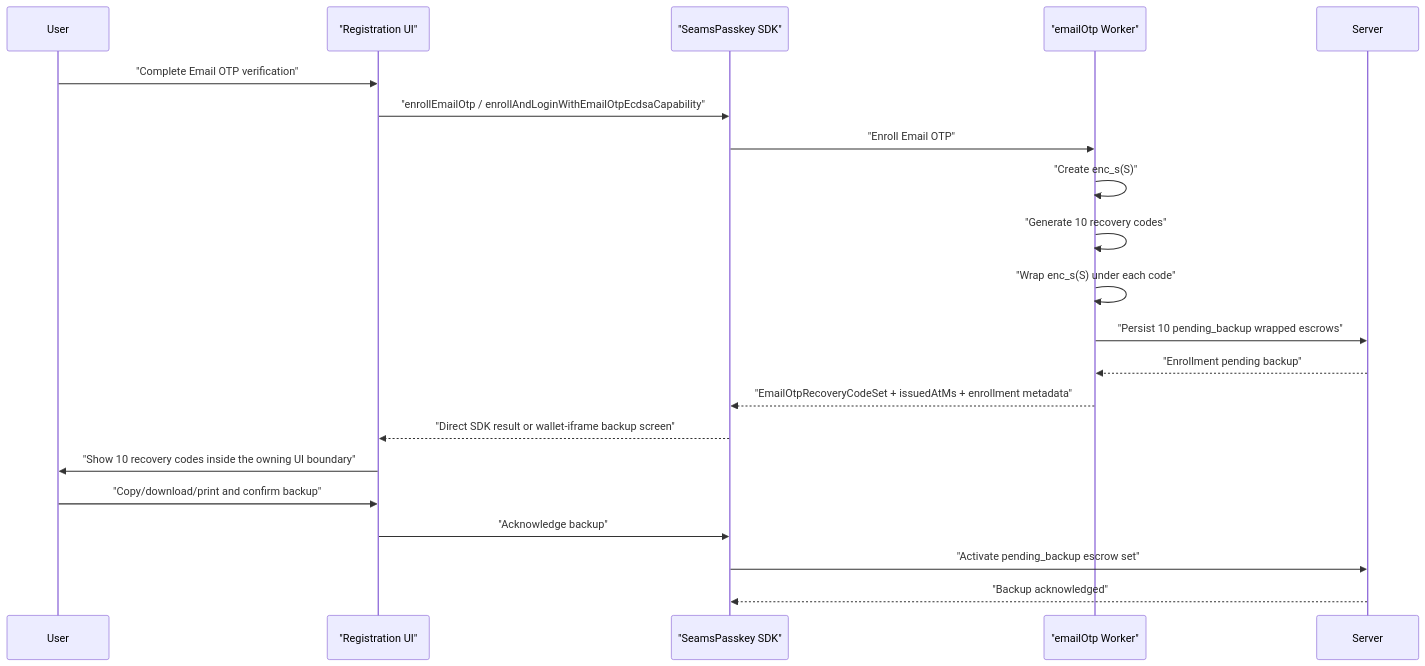
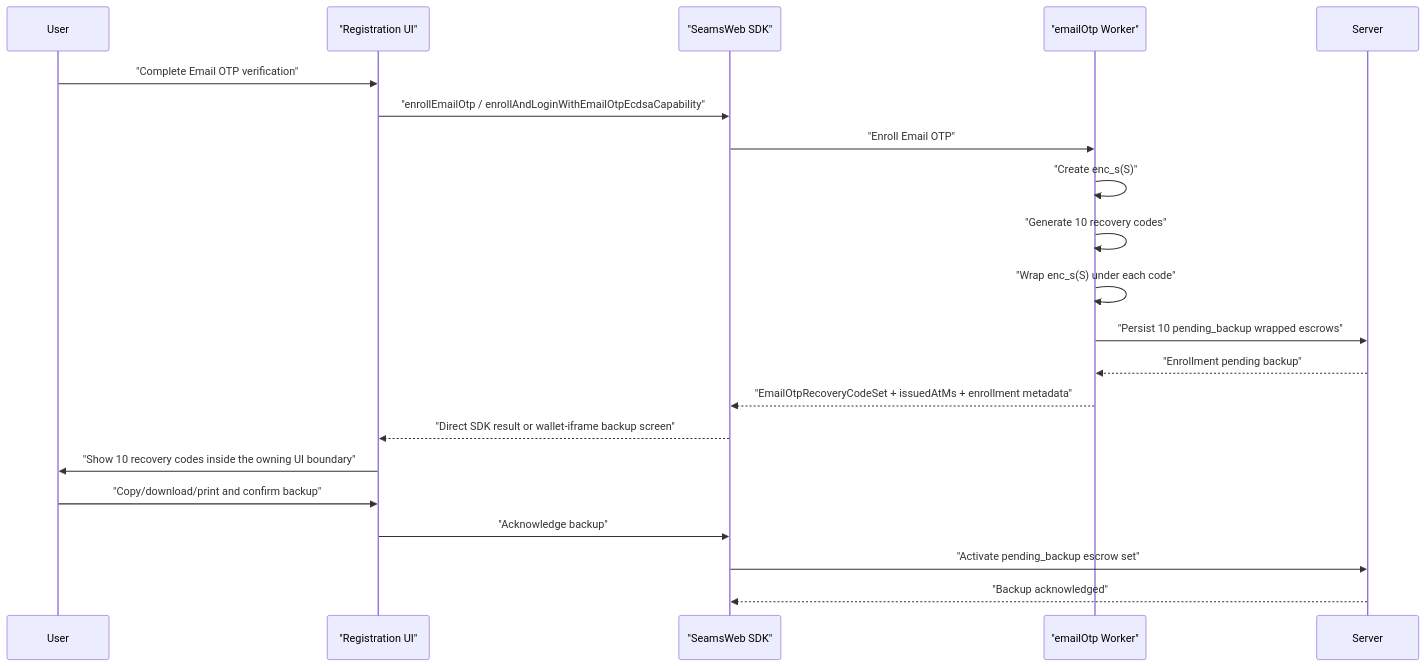
One commit to seams-tech/seams-sdk changed the diagram in docs/refactor-57-otp-recovery-codes-ui.md. Above: the diagram before and after it, drawn with Mermaid. The commit also changed other lines of this file and 375 other files, not shown here.

````diff
--- a/docs/refactor-57-otp-recovery-codes-ui.md
+++ b/docs/refactor-57-otp-recovery-codes-ui.md
@@ -111,24 +111,24 @@
 ```mermaid
 sequenceDiagram
   participant User
   participant UI as "Registration UI"
-  participant SDK as "SeamsPasskey SDK"
+  participant SDK as "SeamsWeb SDK"
   participant Worker as "emailOtp Worker"
   participant Server
 
   User->>UI: "Complete Email OTP verification"
   UI->>SDK: "enrollEmailOtp / enrollAndLoginWithEmailOtpEcdsaCapability"
   SDK->>Worker: "Enroll Email OTP"
   Worker->>Worker: "Create enc_s(S)"
   Worker->>Worker: "Generate 10 recovery codes"
   Worker->>Worker: "Wrap enc_s(S) under each code"
   Worker->>Server: "Persist 10 pending_backup wrapped escrows"
   Server-->>Worker: "Enrollment pending backup"
   Worker-->>SDK: "EmailOtpRecoveryCodeSet + issuedAtMs + enrollment metadata"
   SDK-->>UI: "Direct SDK result or wallet-iframe backup screen"
   UI->>User: "Show 10 recovery codes inside the owning UI boundary"
   User->>UI: "Copy/download/print and confirm backup"
   UI->>SDK: "Acknowledge backup"
   SDK->>Server: "Activate pending_backup escrow set"
   Server-->>SDK: "Backup acknowledged"
 ```
````
